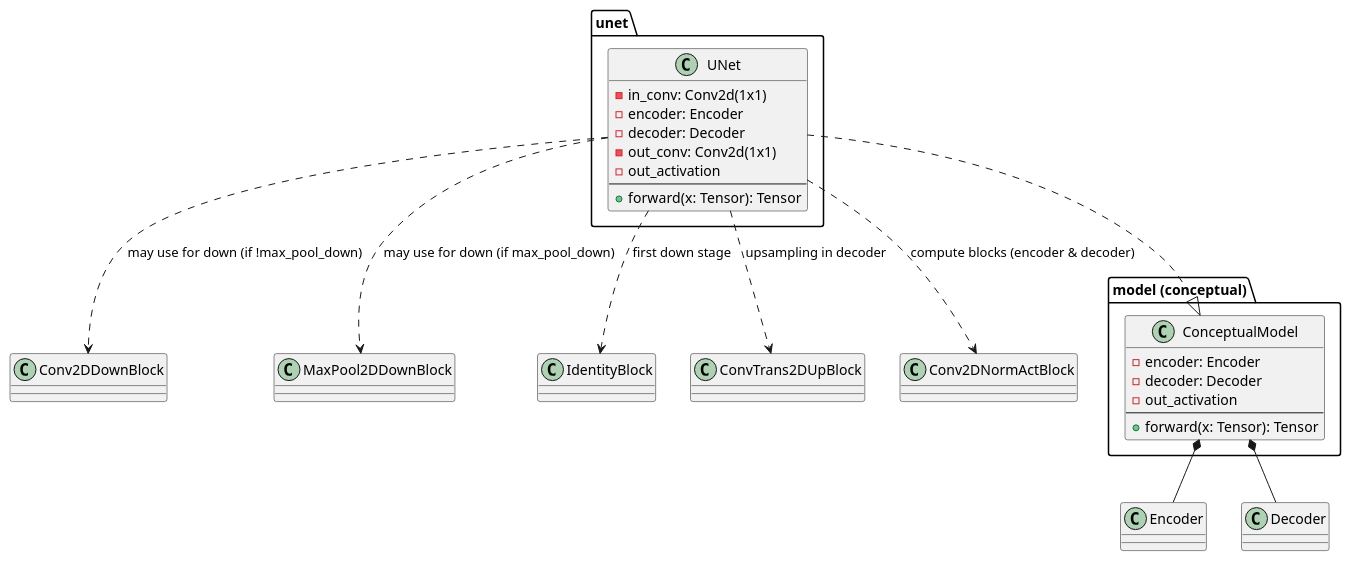
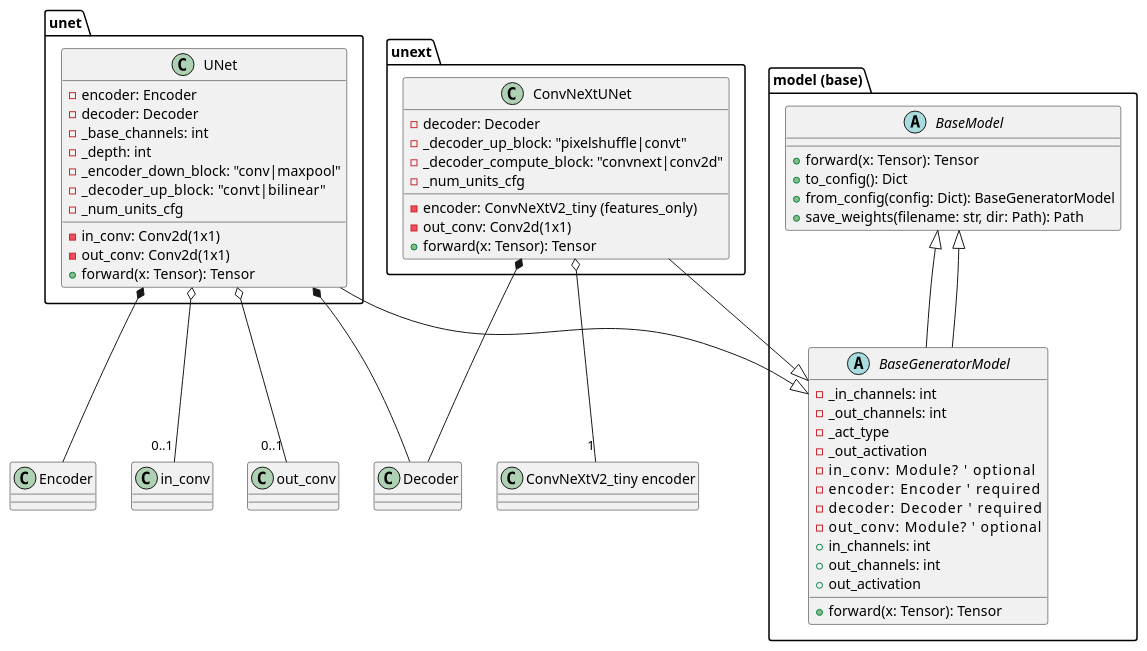
Before and after one commit to WayScience/virtual_stain_flow: the diagram in src/virtual_stain_flow/models/uml/fragments/conceptual_model.iuml, drawn with PlantUML. The commit also changed 1 other file, not shown here.

Commit message:
Update UML with to reflect the newly introduced BaseModel and BaseGeneratorModel, and update UNet and ConvNeXtUNet relationships.

```diff
--- a/src/virtual_stain_flow/models/uml/fragments/conceptual_model.iuml
+++ b/src/virtual_stain_flow/models/uml/fragments/conceptual_model.iuml
@@ -1,37 +1,67 @@
-' ----- conceptual model + realized UNet -----
+' ----- base model -----
+package "model (base)" {
+  abstract class BaseModel {
+    +forward(x: Tensor): Tensor
+    +to_config(): Dict
+    +from_config(config: Dict): BaseGeneratorModel
+    +save_weights(filename: str, dir: Path): Path
+  }
 
-package "model (conceptual)" {
-  class ConceptualModel{
-    - encoder: Encoder
-    - decoder: Decoder
-    - out_activation
-    --
-    + forward(x: Tensor): Tensor
+  abstract class BaseGeneratorModel extends BaseModel {
+    - _in_channels: int
+    - _out_channels: int
+    - _act_type
+    - _out_activation
+    - in_conv: Module?         ' optional
+    - encoder: Encoder         ' required
+    - decoder: Decoder         ' required
+    - out_conv: Module?        ' optional
+    +forward(x: Tensor): Tensor
+    +in_channels: int
+    +out_channels: int
+    +out_activation
   }
 }
 
-' Ownership/composition
-ConceptualModel *-- Encoder
-ConceptualModel *-- Decoder
+BaseGeneratorModel --|> BaseModel
 
+' ----- realized models -----
 package "unet" {
   class UNet {
     - in_conv: Conv2d(1x1)
     - encoder: Encoder
     - decoder: Decoder
     - out_conv: Conv2d(1x1)
-    - out_activation
-    --
-    + forward(x: Tensor): Tensor
+    - _base_channels: int
+    - _depth: int
+    - _encoder_down_block: "conv|maxpool"
+    - _decoder_up_block:   "convt|bilinear"
+    - _num_units_cfg
+    +forward(x: Tensor): Tensor
   }
 }
 
-' Configuration/use relationships
-UNet ..> Conv2DDownBlock : may use for down (if !max_pool_down)
-UNet ..> MaxPool2DDownBlock : may use for down (if max_pool_down)
-UNet ..> IdentityBlock : first down stage
-UNet ..> ConvTrans2DUpBlock : upsampling in decoder
-UNet ..> Conv2DNormActBlock : compute blocks (encoder & decoder)
+package "unext" {
+  class ConvNeXtUNet {
+    - encoder: ConvNeXtV2_tiny (features_only)
+    - decoder: Decoder
+    - out_conv: Conv2d(1x1)
+    - _decoder_up_block: "pixelshuffle|convt"
+    - _decoder_compute_block: "convnext|conv2d"
+    - _num_units_cfg
+    +forward(x: Tensor): Tensor
+  }
+}
 
-' Realization (UNet implements the conceptual model)
-UNet ..|> ConceptualModel
+UNet --|> BaseGeneratorModel
+ConvNeXtUNet --|> BaseGeneratorModel
+
+' Ownership/composition on concrete realizations
+UNet *-- Encoder
+UNet *-- Decoder
+UNet o-- "0..1" "in_conv"
+UNet o-- "0..1" "out_conv"
+
+ConvNeXtUNet *-- Decoder
+' ConvNeXtUNet holds a timm ConvNeXtV2_tiny encoder object (features_only)
+ConvNeXtUNet o-- "1" "ConvNeXtV2_tiny encoder"
```
